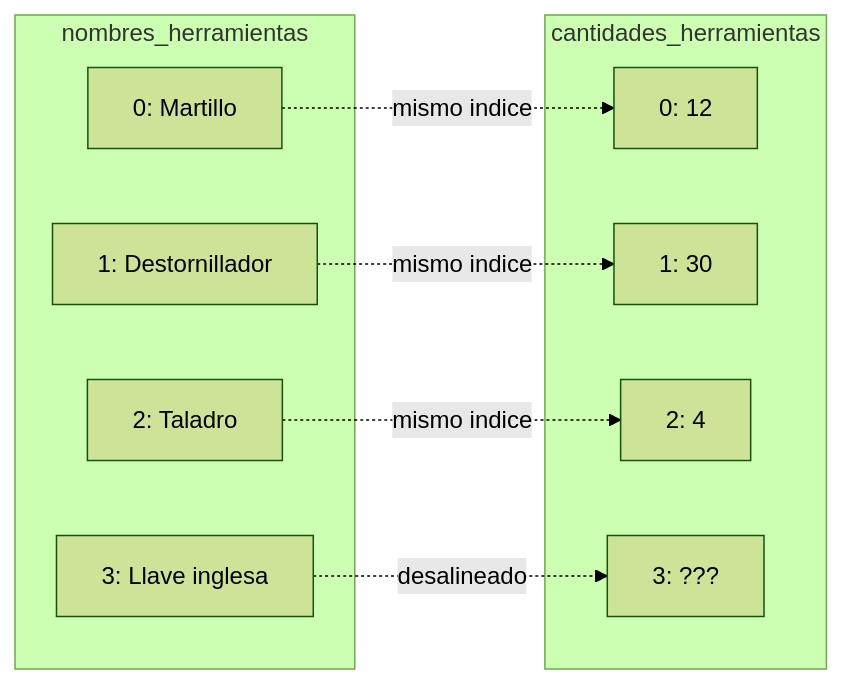
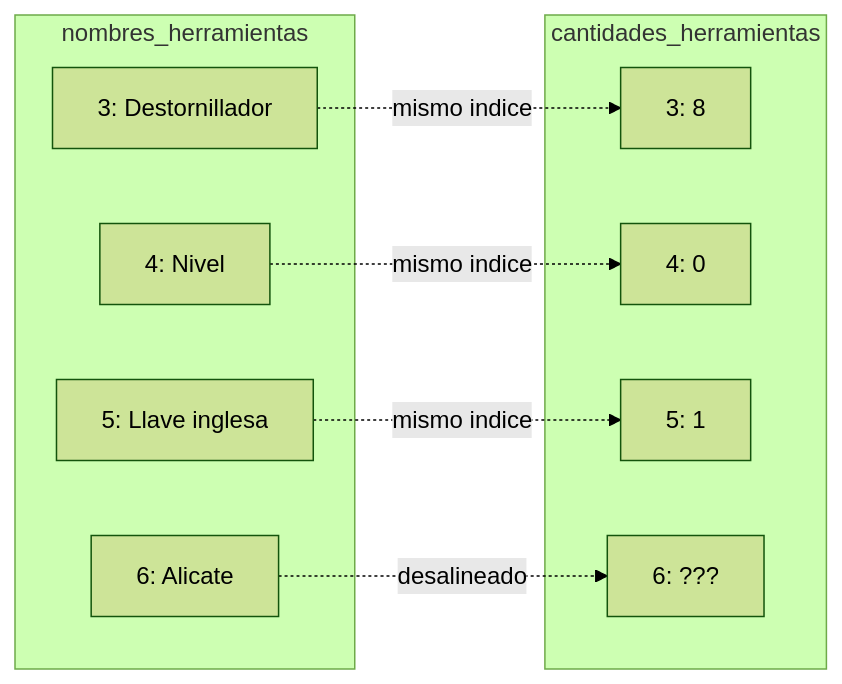
Before and after one commit to santiagoSuarez219/nodo-edu: the first of 6 diagrams in content/cursos/programacion-cientifica/estructuras-de-datos-nativas.mdx, drawn with Mermaid (forest theme). The commit also changed other lines of this file and 3 other files, not shown here.

````diff
--- a/content/cursos/programacion-cientifica/estructuras-de-datos-nativas.mdx
+++ b/content/cursos/programacion-cientifica/estructuras-de-datos-nativas.mdx
@@ -37,19 +37,19 @@
 ```mermaid
 flowchart LR
   subgraph N["nombres_herramientas"]
-    n0["0: Martillo"]
-    n1["1: Destornillador"]
-    n2["2: Taladro"]
-    n3["3: Llave inglesa"]
+    n3["3: Destornillador"]
+    n4["4: Nivel"]
+    n5["5: Llave inglesa"]
+    n6["6: Alicate"]
   end
   subgraph C["cantidades_herramientas"]
-    c0["0: 12"]
-    c1["1: 30"]
-    c2["2: 4"]
-    c3["3: ???"]
+    c3["3: 8"]
+    c4["4: 0"]
+    c5["5: 1"]
+    c6["6: ???"]
   end
-  n0 -.->|"mismo indice"| c0
-  n1 -.->|"mismo indice"| c1
-  n2 -.->|"mismo indice"| c2
-  n3 -.->|"desalineado"| c3
+  n3 -.->|"mismo indice"| c3
+  n4 -.->|"mismo indice"| c4
+  n5 -.->|"mismo indice"| c5
+  n6 -.->|"desalineado"| c6
 ```
````
